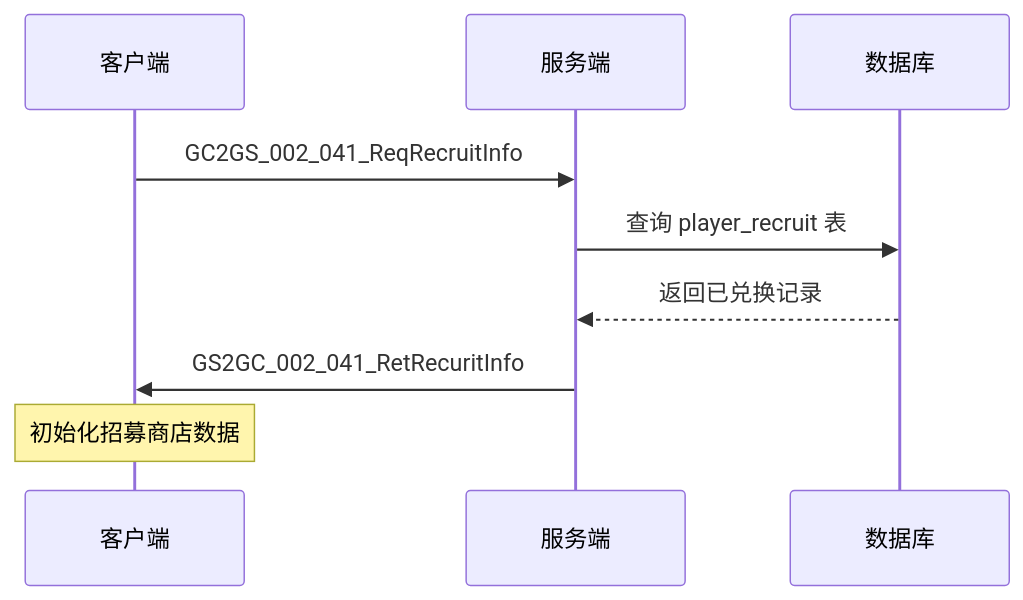
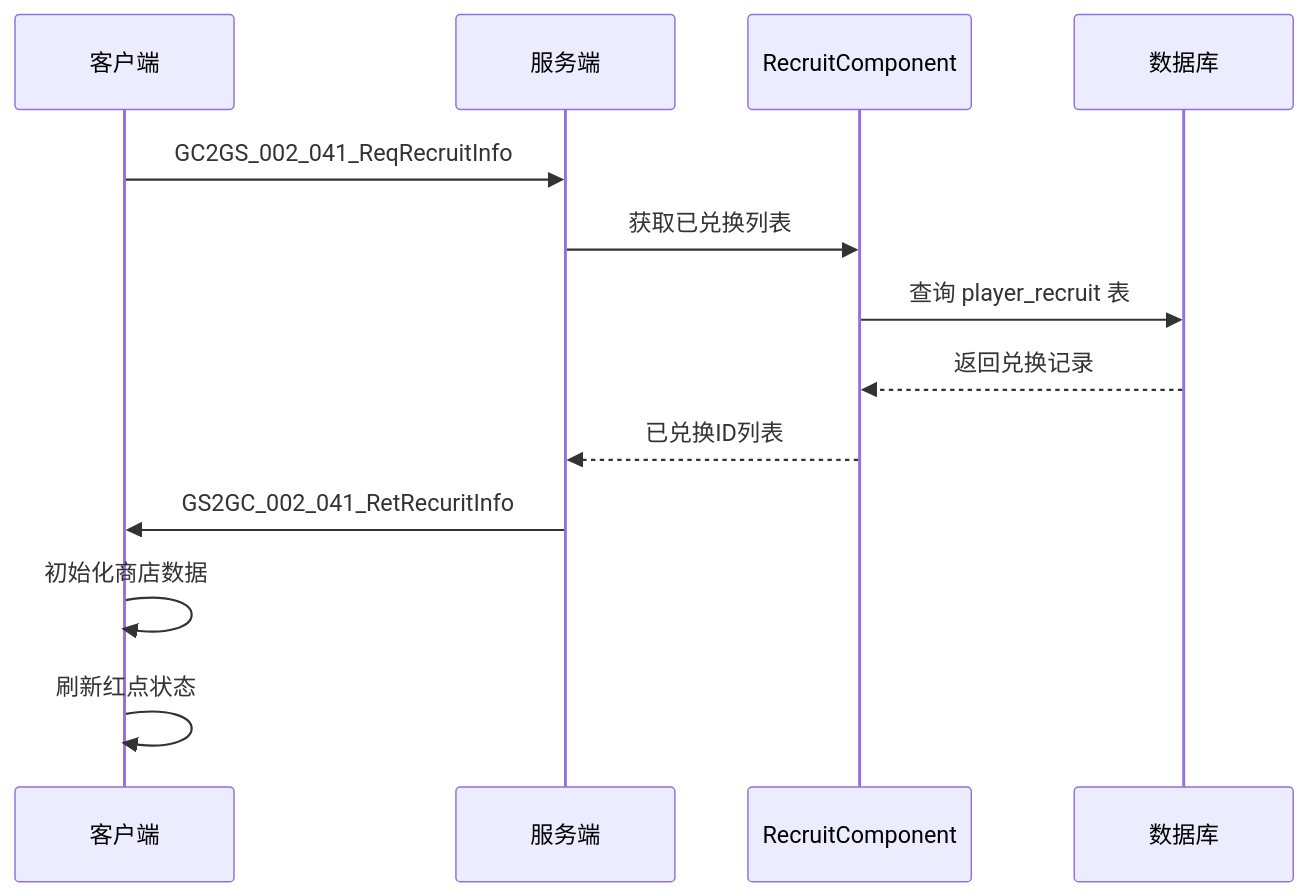
One commit to Alan-Ben/k2c_game_framework changed the fifth of 8 diagrams in docs/Module_Recruit/02_协议文档.md. Above: the diagram before and after it, drawn with Mermaid. The commit also changed other lines of this file and 13 other files, not shown here.

````diff
--- a/docs/Module_Recruit/02_协议文档.md
+++ b/docs/Module_Recruit/02_协议文档.md
@@ -107,12 +284,16 @@
 ```mermaid
 sequenceDiagram
-    participant Client as 客户端
-    participant Server as 服务端
+    participant C as 客户端
+    participant S as 服务端
+    participant Comp as RecruitComponent
     participant DB as 数据库
 
-    Client->>Server: GC2GS_002_041_ReqRecruitInfo
-    Server->>DB: 查询 player_recruit 表
-    DB-->>Server: 返回已兑换记录
-    Server->>Client: GS2GC_002_041_RetRecuritInfo
-    Note over Client: 初始化招募商店数据
+    C->>S: GC2GS_002_041_ReqRecruitInfo
+    S->>Comp: 获取已兑换列表
+    Comp->>DB: 查询 player_recruit 表
+    DB-->>Comp: 返回兑换记录
+    Comp-->>S: 已兑换ID列表
+    S->>C: GS2GC_002_041_RetRecuritInfo
+    C->>C: 初始化商店数据
+    C->>C: 刷新红点状态
 ```
````
